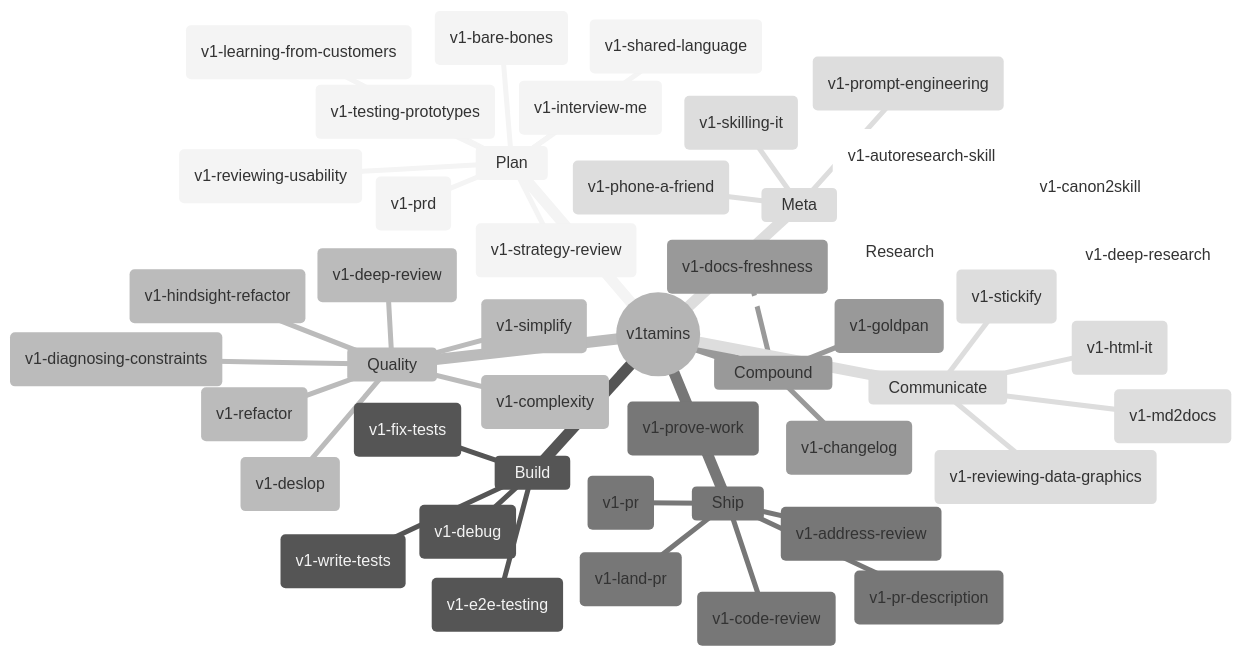
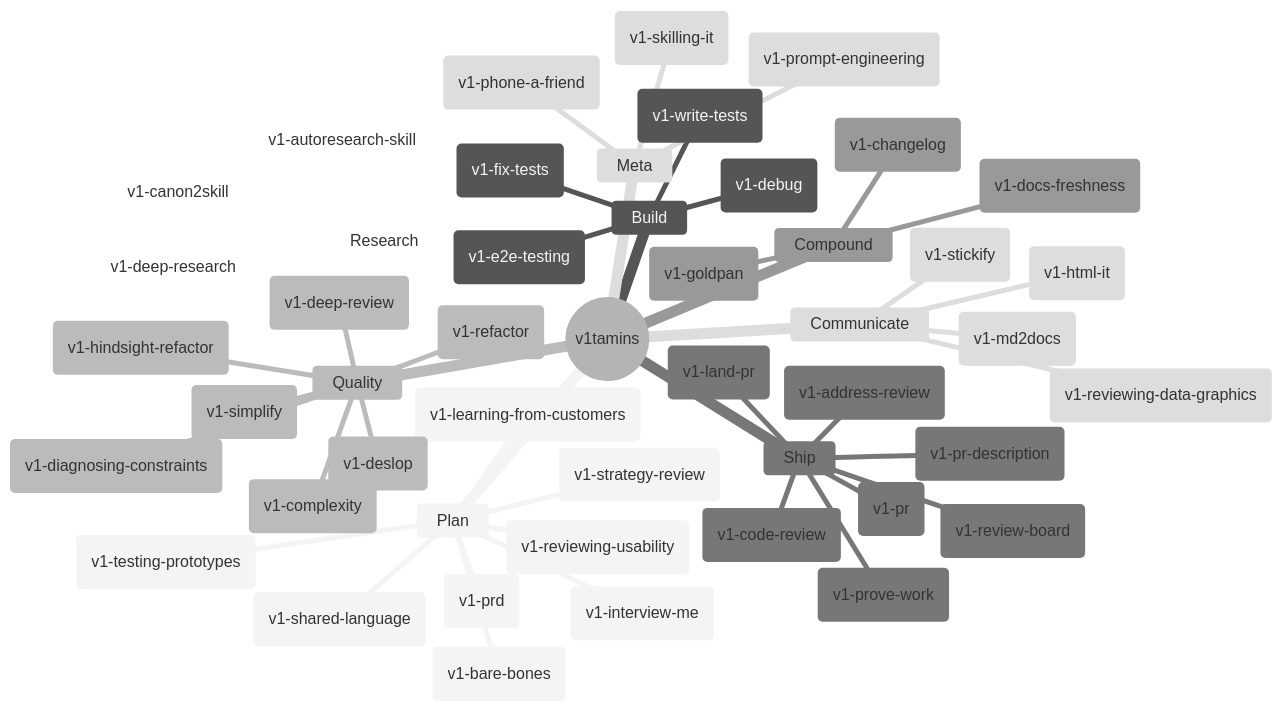
The first of 6 diagrams in README.md (v1-io/v1tamins), drawn with Mermaid (neutral theme) before and after one commit. The commit also changed other lines of this file and 2 other files, not shown here.

First line of the commit message:
Register v1-review-board and bump plugin manifests

````diff
--- a/README.md
+++ b/README.md
@@ -67,50 +67,51 @@
 ```mermaid
 mindmap
   root((v1tamins))
     Plan
       ("v1-interview-me")
       ("v1-strategy-review")
       ("v1-bare-bones")
       ("v1-shared-language")
       ("v1-prd")
       ("v1-learning-from-customers")
       ("v1-testing-prototypes")
       ("v1-reviewing-usability")
     Build
       ("v1-debug")
       ("v1-fix-tests")
       ("v1-write-tests")
       ("v1-e2e-testing")
     Quality
       ("v1-simplify")
       ("v1-deslop")
       ("v1-refactor")
       ("v1-complexity")
       ("v1-hindsight-refactor")
       ("v1-deep-review")
       ("v1-diagnosing-constraints")
     Ship
       ("v1-pr")
       ("v1-pr-description")
       ("v1-land-pr")
       ("v1-code-review")
       ("v1-address-review")
+      ("v1-review-board")
       ("v1-prove-work")
     Compound
       ("v1-goldpan")
       ("v1-docs-freshness")
       ("v1-changelog")
     Communicate
       ("v1-stickify")
       ("v1-md2docs")
       ("v1-html-it")
       ("v1-reviewing-data-graphics")
     Research
       ("v1-deep-research")
       ("v1-autoresearch-skill")
       ("v1-canon2skill")
     Meta
       ("v1-phone-a-friend")
       ("v1-skilling-it")
       ("v1-prompt-engineering")
 ```
````
